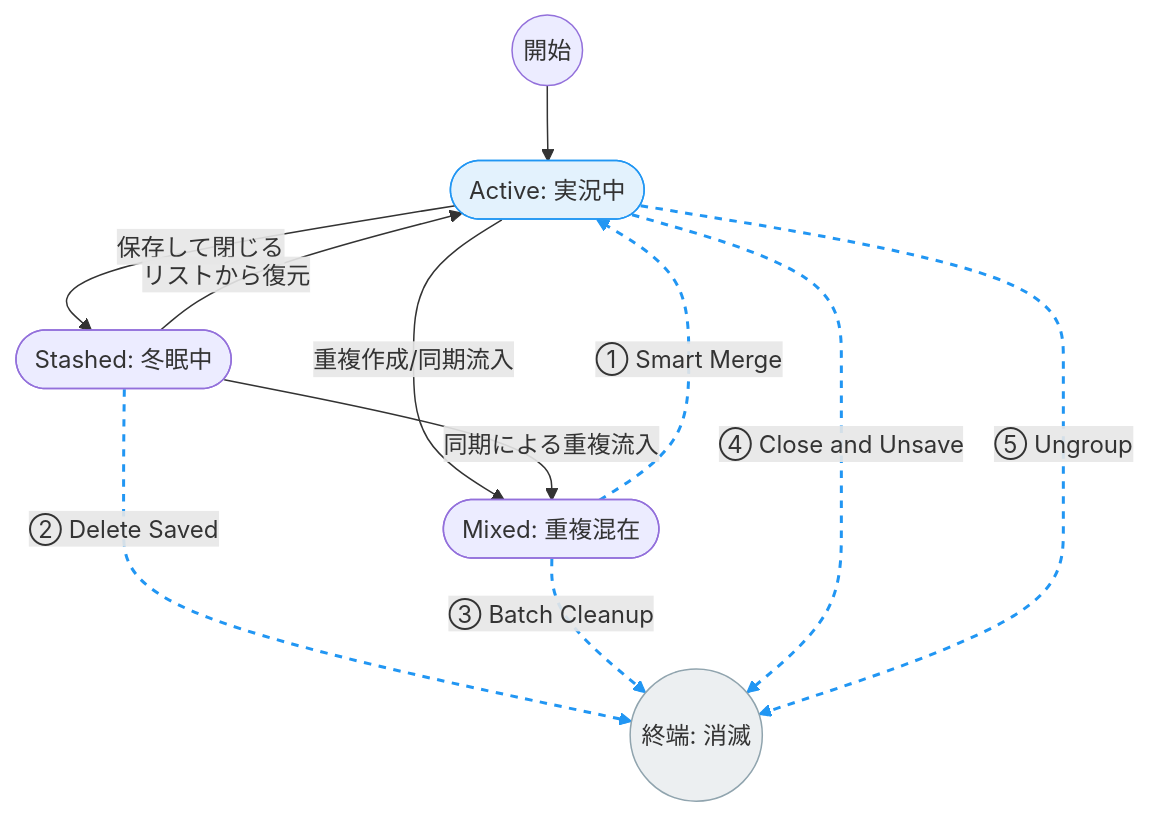
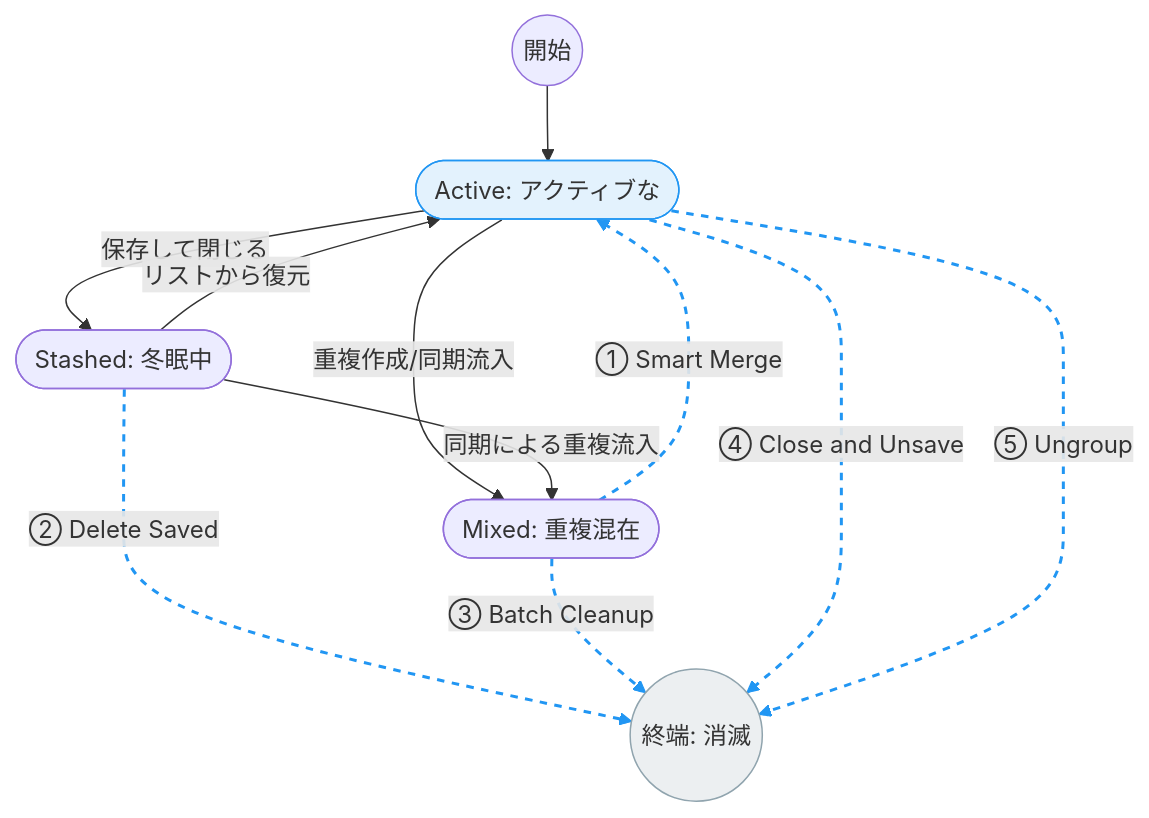
Before and after one commit to masanori-satake/TidyGroup-Solo: the diagram in docs/functional_spec.md, drawn with Mermaid. The commit also changed other lines of this file and 7 other files, not shown here.

````diff
--- a/docs/functional_spec.md
+++ b/docs/functional_spec.md
@@ -33,27 +33,27 @@
 ```mermaid
 graph TD
     %% 状態の定義
-    Active([Active: 実況中])
+    Active([Active: アクティブな])
     Stashed([Stashed: 冬眠中])
     Mixed([Mixed: 重複混在])
     End((終端: 消滅))
 
     %% ユーザーの日常操作（実線）
     Start((開始)) --> Active
     Active -->|保存して閉じる| Stashed
     Stashed -->|リストから復元| Active
     Active -->|重複作成/同期流入| Mixed
     Stashed -->|同期による重複流入| Mixed
 
     %% TidyGroup-Soloのアシスト（青・点線）
     Mixed -.->|① Smart Merge| Active
     Stashed -.->|② Delete Saved| End
     Mixed -.->|③ Batch Cleanup| End
     Active -.->|④ Close and Unsave| End
     Active -.->|⑤ Ungroup| End
 
     %% スタイル
     linkStyle 5,6,7,8,9 stroke:#2196F3,stroke-width:2px,stroke-dasharray: 5 5
     style Active fill:#e3f2fd,stroke:#2196F3
     style End fill:#eceff1,stroke:#90a4ae
 ```
````
